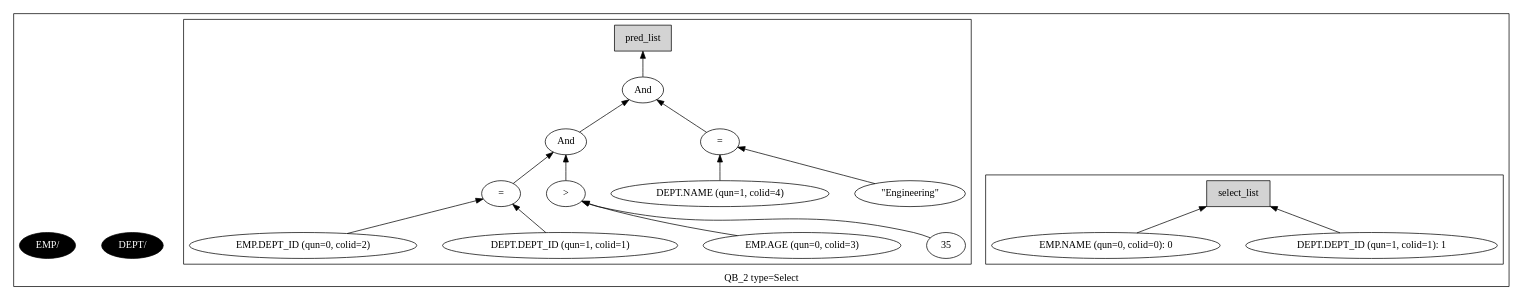
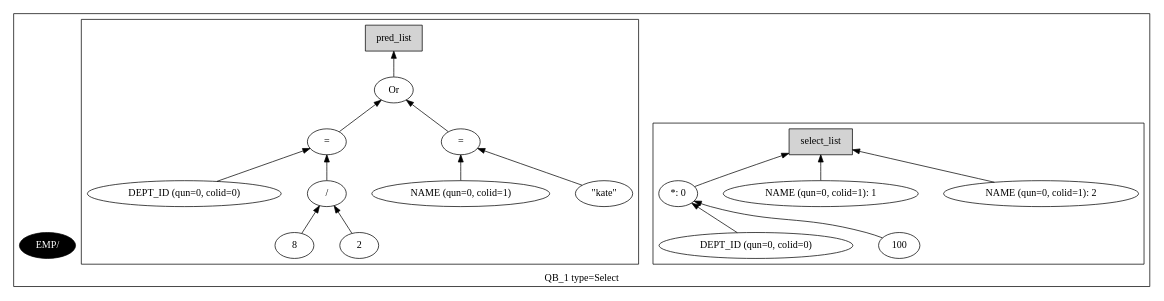
One commit to adarshpannu/kona changed the diagram in qgm_resolved.dot. Above: the diagram before and after it, drawn with Graphviz. The commit also changed 21 other files, not shown here.

```diff
--- a/qgm_resolved.dot
+++ b/qgm_resolved.dot
@@ -1,42 +1,43 @@
 digraph example1 {
     rankdir=BT;
     nodesep=0.5;
     ordering="in";
-  subgraph cluster_QB_2 {
-    "QB_2_selectlist"[label="select_list",shape=box,style=filled];
-  subgraph cluster_select_listQB_2 {
-    exprnodeNodeId1v1[label="EMP.NAME (qun=0, colid=0): 0"];
-    exprnodeNodeId1v1 -> "QB_2_selectlist";
-    exprnodeNodeId2v1[label="DEPT.DEPT_ID (qun=1, colid=1): 1"];
-    exprnodeNodeId2v1 -> "QB_2_selectlist";
+  subgraph cluster_QB_1 {
+    "QB_1_selectlist"[label="select_list",shape=box,style=filled];
+  subgraph cluster_select_listQB_1 {
+    exprnodeNodeId3v1[label="*: 0"];
+    exprnodeNodeId1v1 -> exprnodeNodeId3v1;
+    exprnodeNodeId1v1[label="DEPT_ID (qun=0, colid=0)"];
+    exprnodeNodeId2v1 -> exprnodeNodeId3v1;
+    exprnodeNodeId2v1[label="100"];
+    exprnodeNodeId3v1 -> "QB_1_selectlist";
+    exprnodeNodeId4v1[label="NAME (qun=0, colid=1): 1"];
+    exprnodeNodeId4v1 -> "QB_1_selectlist";
+    exprnodeNodeId5v1[label="NAME (qun=0, colid=1): 2"];
+    exprnodeNodeId5v1 -> "QB_1_selectlist";
 }
-    "QUN_1"[label="DEPT/ ", fillcolor=black, fontcolor=white, style=filled]
     "QUN_0"[label="EMP/ ", fillcolor=black, fontcolor=white, style=filled]
-  subgraph cluster_pred_listQB_2 {
-    exprnodeNodeId13v1[label="And"];
-    exprnodeNodeId9v1 -> exprnodeNodeId13v1;
-    exprnodeNodeId9v1[label="And"];
-    exprnodeNodeId5v1 -> exprnodeNodeId9v1;
-    exprnodeNodeId5v1[label="="];
-    exprnodeNodeId3v1 -> exprnodeNodeId5v1;
-    exprnodeNodeId3v1[label="EMP.DEPT_ID (qun=0, colid=2)"];
-    exprnodeNodeId4v1 -> exprnodeNodeId5v1;
-    exprnodeNodeId4v1[label="DEPT.DEPT_ID (qun=1, colid=1)"];
+  subgraph cluster_pred_listQB_1 {
+    exprnodeNodeId14v1[label="Or"];
+    exprnodeNodeId10v1 -> exprnodeNodeId14v1;
+    exprnodeNodeId10v1[label="="];
+    exprnodeNodeId6v1 -> exprnodeNodeId10v1;
+    exprnodeNodeId6v1[label="DEPT_ID (qun=0, colid=0)"];
+    exprnodeNodeId9v1 -> exprnodeNodeId10v1;
+    exprnodeNodeId9v1[label="/"];
+    exprnodeNodeId7v1 -> exprnodeNodeId9v1;
+    exprnodeNodeId7v1[label="8"];
     exprnodeNodeId8v1 -> exprnodeNodeId9v1;
-    exprnodeNodeId8v1[label=">"];
-    exprnodeNodeId6v1 -> exprnodeNodeId8v1;
-    exprnodeNodeId6v1[label="EMP.AGE (qun=0, colid=3)"];
-    exprnodeNodeId7v1 -> exprnodeNodeId8v1;
-    exprnodeNodeId7v1[label="35"];
+    exprnodeNodeId8v1[label="2"];
+    exprnodeNodeId13v1 -> exprnodeNodeId14v1;
+    exprnodeNodeId13v1[label="="];
+    exprnodeNodeId11v1 -> exprnodeNodeId13v1;
+    exprnodeNodeId11v1[label="NAME (qun=0, colid=1)"];
     exprnodeNodeId12v1 -> exprnodeNodeId13v1;
-    exprnodeNodeId12v1[label="="];
-    exprnodeNodeId10v1 -> exprnodeNodeId12v1;
-    exprnodeNodeId10v1[label="DEPT.NAME (qun=1, colid=4)"];
-    exprnodeNodeId11v1 -> exprnodeNodeId12v1;
-    exprnodeNodeId11v1[label="\"Engineering\""];
-    exprnodeNodeId13v1 -> QB_2_pred_list;
-    "QB_2_pred_list"[label="pred_list",shape=box,style=filled];
+    exprnodeNodeId12v1[label="\"kate\""];
+    exprnodeNodeId14v1 -> QB_1_pred_list;
+    "QB_1_pred_list"[label="pred_list",shape=box,style=filled];
 }
-    label = "QB_2 type=Select";
+    label = "QB_1 type=Select";
 }
 }
```
